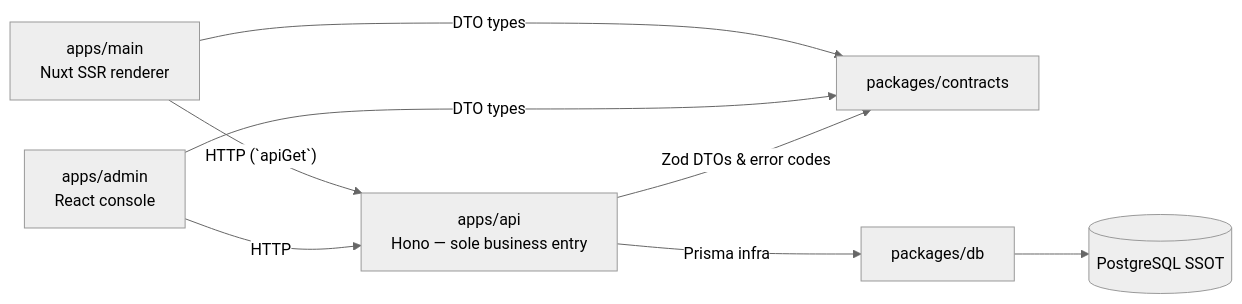
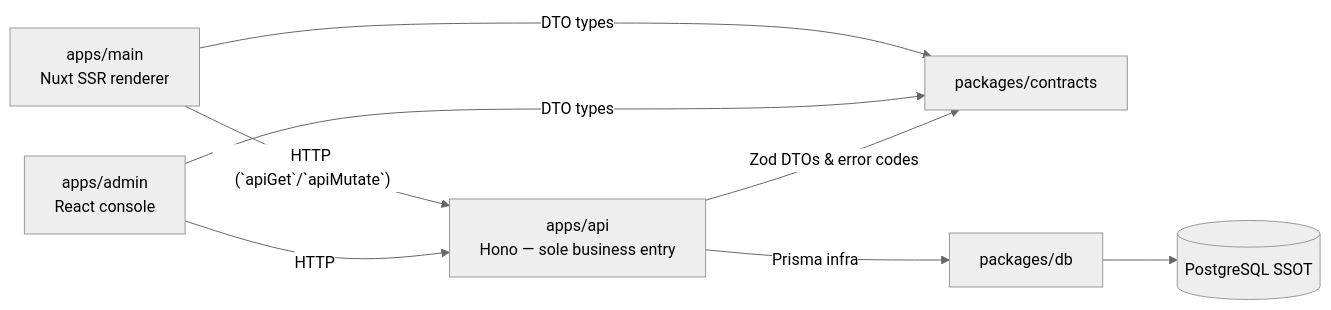
One commit to nonhana/grey-flowers changed the diagram in agent-docs/ARCHITECTURE.md. Above: the diagram before and after it, drawn with Mermaid (neutral theme). The commit also changed other lines of this file and 62 other files, not shown here.

````diff
--- a/agent-docs/ARCHITECTURE.md
+++ b/agent-docs/ARCHITECTURE.md
@@ -7,10 +7,10 @@
 ```mermaid
 flowchart LR
   Admin["apps/admin\nReact console"] -->|"HTTP"| Api["apps/api\nHono — sole business entry"]
-  Main["apps/main\nNuxt SSR renderer"] -->|"HTTP (`apiGet`)"| Api
+  Main["apps/main\nNuxt SSR renderer"] -->|"HTTP (`apiGet`/`apiMutate`)"| Api
   Api -->|"Zod DTOs & error codes"| Contracts["packages/contracts"]
   Admin -->|"DTO types"| Contracts
   Main -->|"DTO types"| Contracts
   Api -->|"Prisma infra"| Db["packages/db"]
   Db --> Postgres[("PostgreSQL SSOT")]
 ```
````
